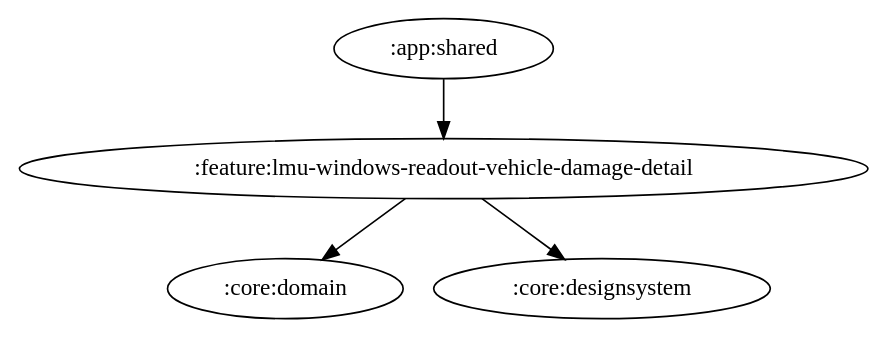
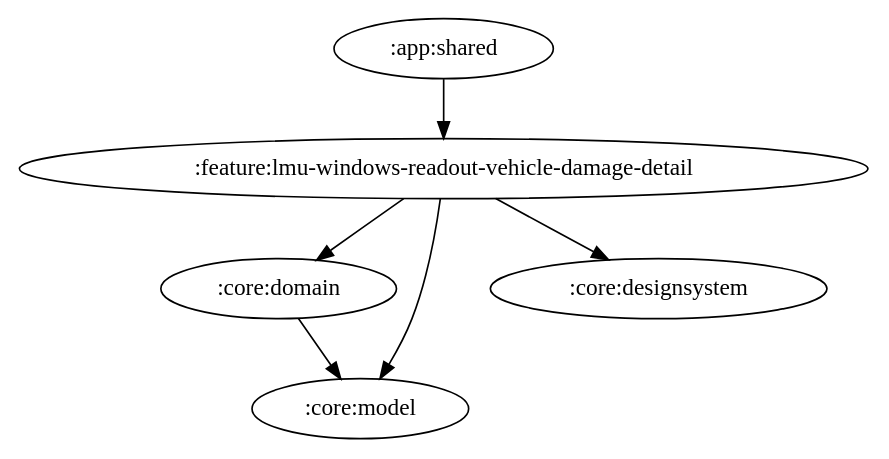
Before and after one commit to ai-kurou/KoDriver: the diagram in docs/graphs/feature-lmu-windows-readout-vehicle-damage-detail.gv, drawn with Graphviz. The commit also changed 63 other files, not shown here.

Commit message:
chore: update module graph images

```diff
--- a/docs/graphs/feature-lmu-windows-readout-vehicle-damage-detail.gv
+++ b/docs/graphs/feature-lmu-windows-readout-vehicle-damage-detail.gv
@@ -1,6 +1,8 @@
 digraph G {
   rankdir=TB
   ":app:shared" -> ":feature:lmu-windows-readout-vehicle-damage-detail"
+  ":core:domain" -> ":core:model"
   ":feature:lmu-windows-readout-vehicle-damage-detail" -> ":core:domain"
+  ":feature:lmu-windows-readout-vehicle-damage-detail" -> ":core:model"
   ":feature:lmu-windows-readout-vehicle-damage-detail" -> ":core:designsystem"
 }
```
